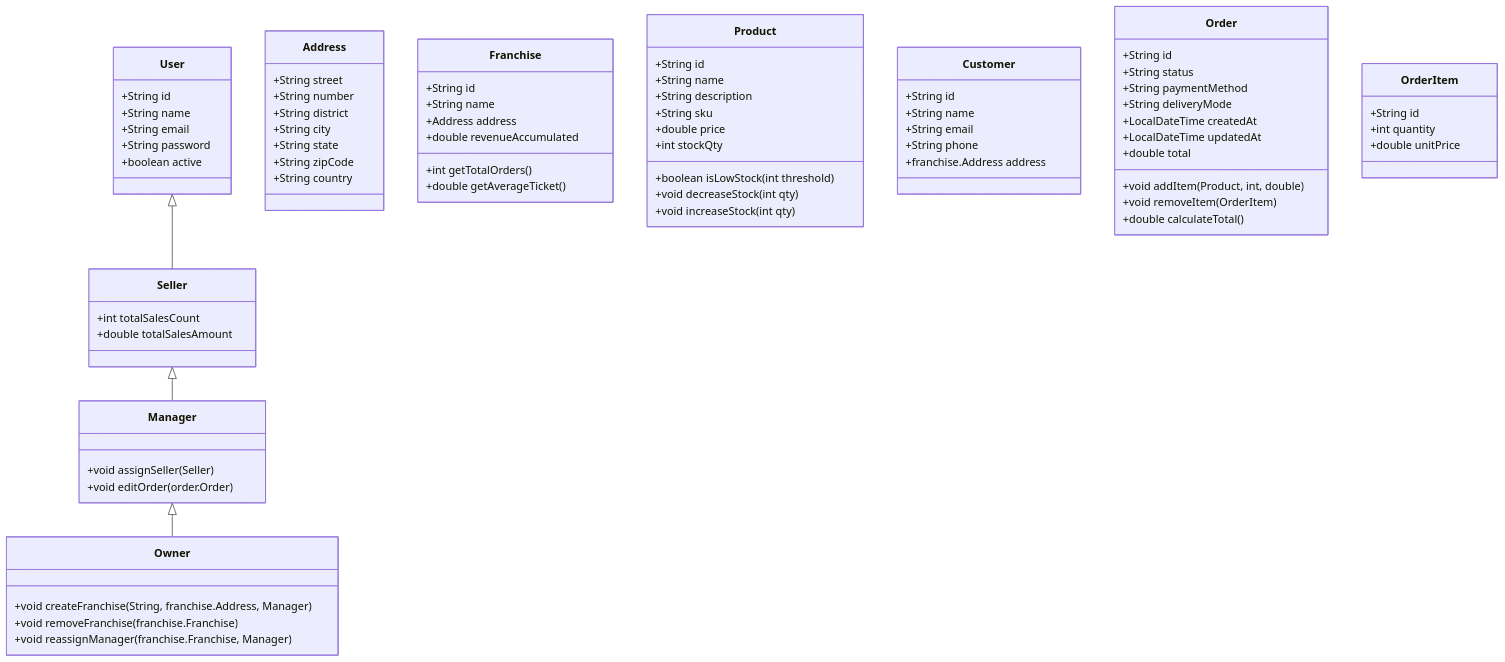
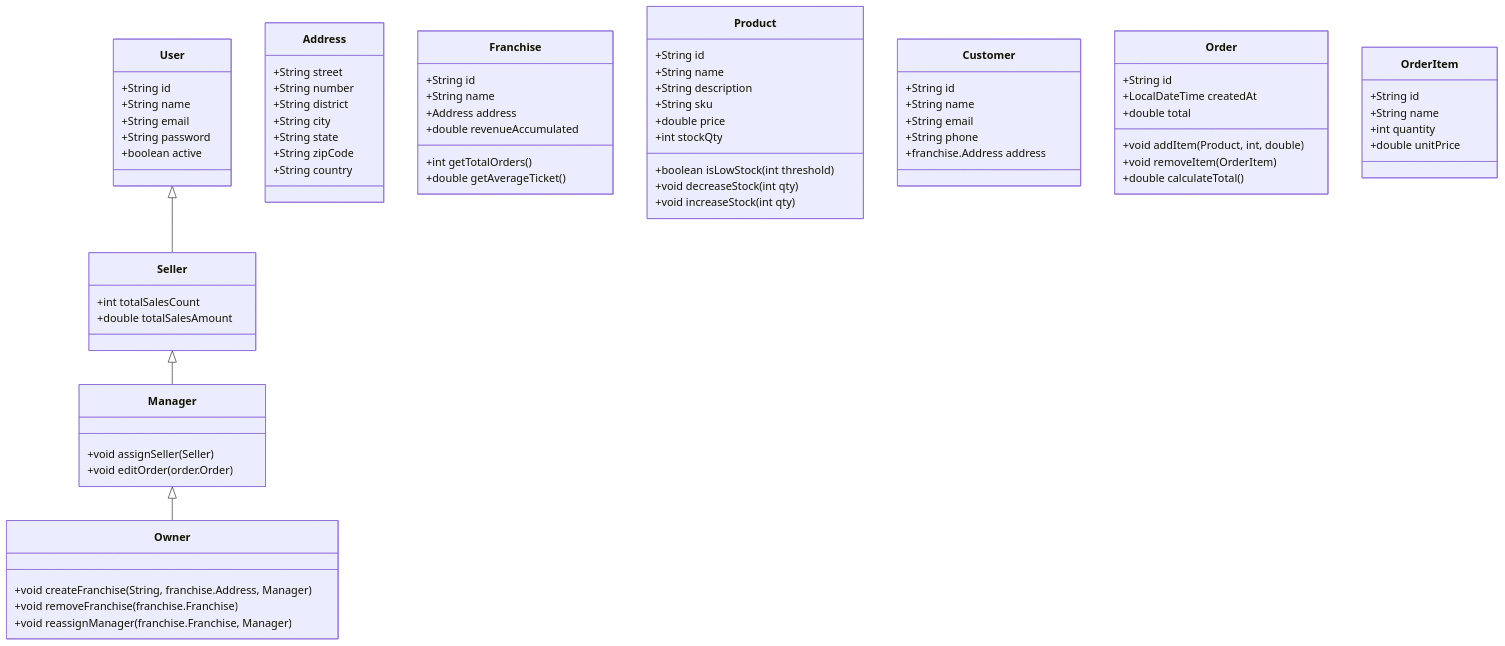
One commit to W8jonas/gerenciador-de-franquias changed the diagram in readme.md. Above: the diagram before and after it, drawn with Mermaid.

Commit message:
Ajusta diagrama de classes

```diff
--- a/readme.md
+++ b/readme.md
@@ -106,7 +106,6 @@
   +void removeFranchise(franchise.Franchise)
   +void reassignManager(franchise.Franchise, Manager)
 }
-
 
 class Address {
   +String street
@@ -149,11 +148,7 @@
 
 class Order {
   +String id
-  +String status
-  +String paymentMethod
-  +String deliveryMode
   +LocalDateTime createdAt
-  +LocalDateTime updatedAt
   +double total
   +void addItem(Product, int, double)
   +void removeItem(OrderItem)
@@ -162,6 +157,7 @@
 
 class OrderItem {
   +String id
+  +String name
   +int quantity
   +double unitPrice
 }
```
